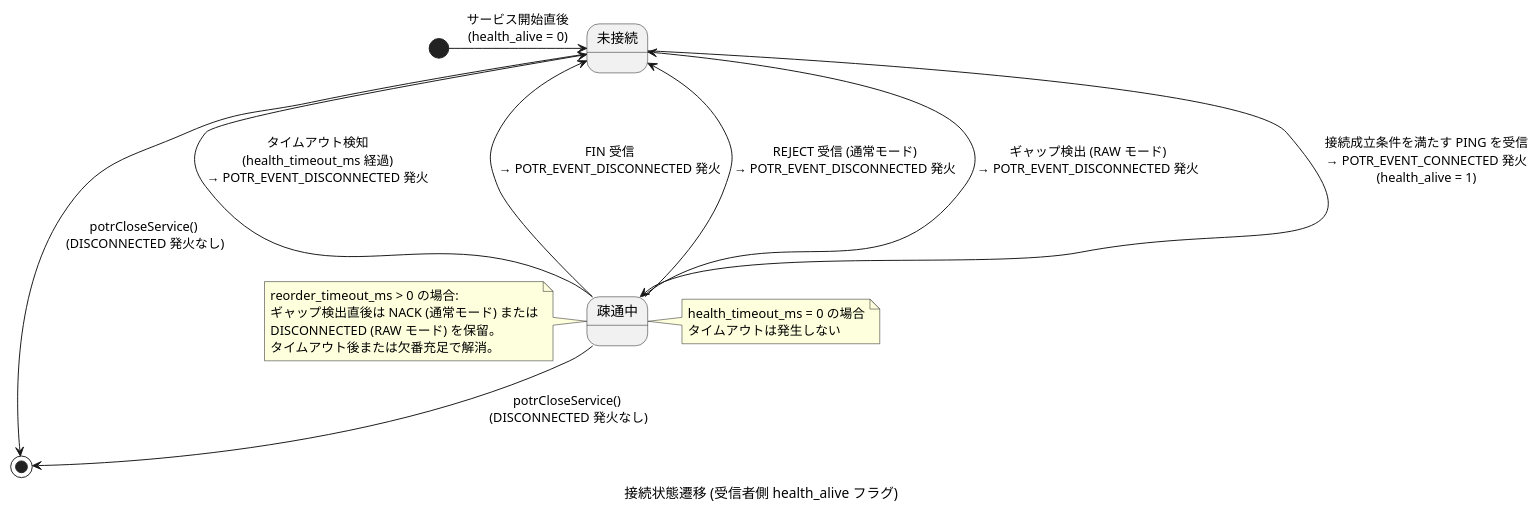
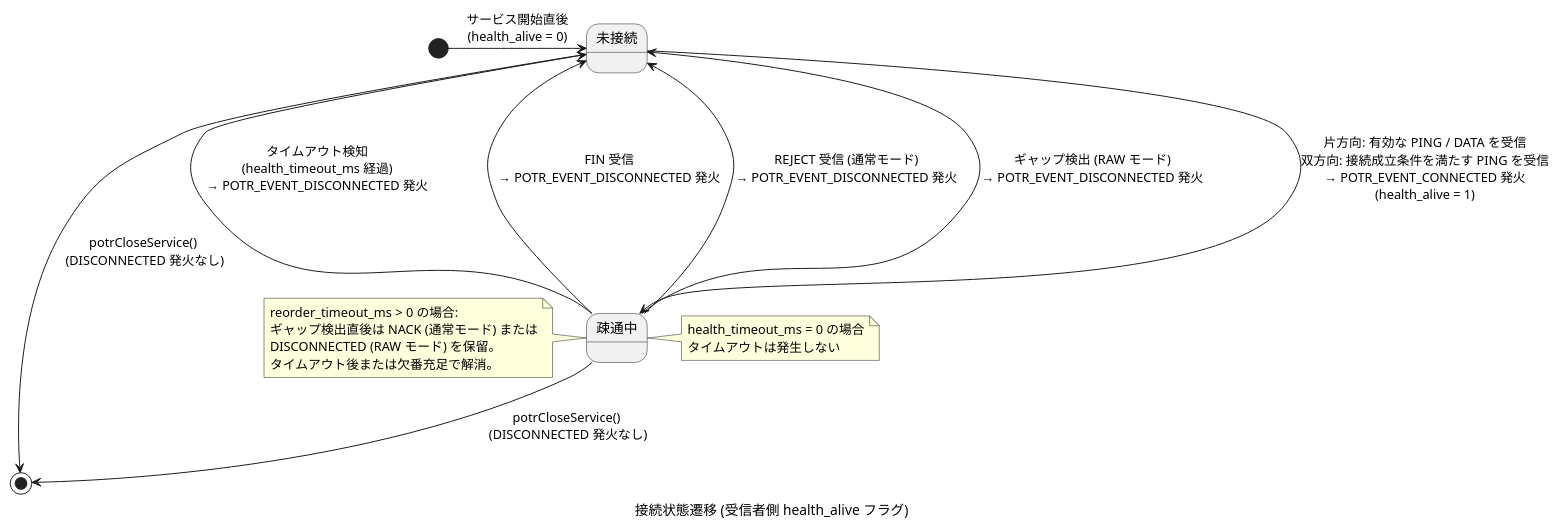
One commit to Hondarer/c-modernization-kit changed diagram 16 of 29 in app/porter/docs/sequence.md. Above: the diagram before and after it, drawn with PlantUML. The commit also changed other lines of this file and 7 other files, not shown here.

````diff
--- a/app/porter/docs/sequence.md
+++ b/app/porter/docs/sequence.md
@@ -583,33 +583,33 @@
 ```plantuml
 @startuml 接続状態遷移 (受信者側 health_alive フラグ)
 caption 接続状態遷移 (受信者側 health_alive フラグ)
 
 [*] -r-> 未接続 : サービス開始直後\n(health_alive = 0)
 
-未接続 ---> 疎通中 : 接続成立条件を満たす PING を受信\n→ POTR_EVENT_CONNECTED 発火\n(health_alive = 1)
+未接続 ---> 疎通中 : 片方向: 有効な PING / DATA を受信\n双方向: 接続成立条件を満たす PING を受信\n→ POTR_EVENT_CONNECTED 発火\n(health_alive = 1)
 
 疎通中 ---> 未接続 : タイムアウト検知\n (health_timeout_ms 経過) \n→ POTR_EVENT_DISCONNECTED 発火
 
 疎通中 --> 未接続 : FIN 受信\n→ POTR_EVENT_DISCONNECTED 発火
 
 疎通中 --> 未接続 : REJECT 受信 (通常モード)\n→ POTR_EVENT_DISCONNECTED 発火
 
 疎通中 --> 未接続 : ギャップ検出 (RAW モード)\n→ POTR_EVENT_DISCONNECTED 発火
 
 未接続 --> [*] : potrCloseService()\n (DISCONNECTED 発火なし)
 疎通中 --> [*] : potrCloseService()\n (DISCONNECTED 発火なし)
 
 note right of 疎通中
   health_timeout_ms = 0 の場合
   タイムアウトは発生しない
 end note
 
 note left of 疎通中
   reorder_timeout_ms > 0 の場合:
   ギャップ検出直後は NACK (通常モード) または
   DISCONNECTED (RAW モード) を保留。
   タイムアウト後または欠番充足で解消。
 end note
 
 @enduml
 ```
````
